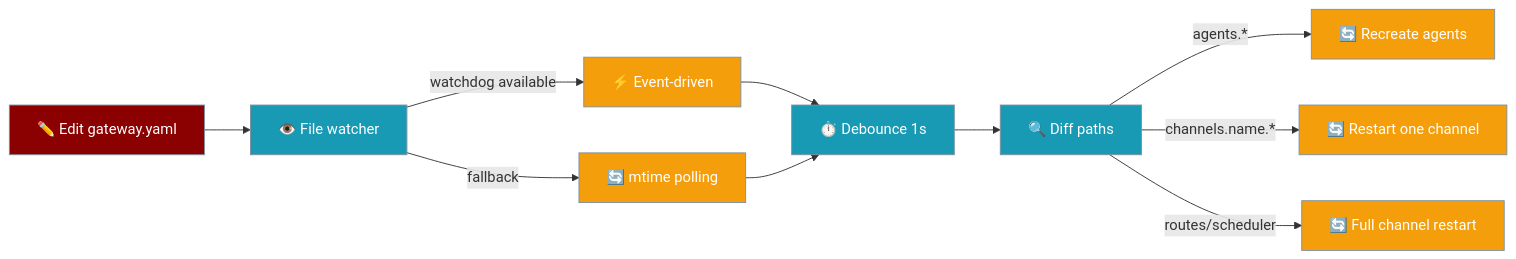
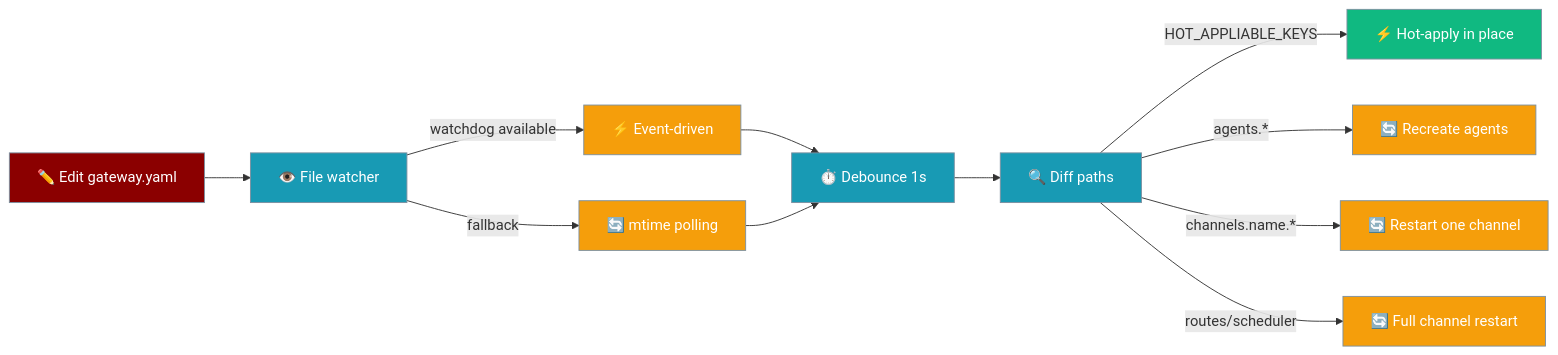
Before and after one commit to MervinPraison/PraisonAIDocs: the first of 6 diagrams in docs/features/gateway-hot-reload.mdx, drawn with Mermaid. The commit also changed other lines of this file and 3 other files, not shown here.

First line of the commit message:
docs: document gateway hot-apply zero-restart config paths (fixes #2360)

````diff
--- a/docs/features/gateway-hot-reload.mdx
+++ b/docs/features/gateway-hot-reload.mdx
@@ -38,21 +38,24 @@
 ```mermaid
 graph LR
     Edit[✏️ Edit gateway.yaml] --> Watcher[👁️ File watcher]
     Watcher -->|watchdog available| Event[⚡ Event-driven]
     Watcher -->|fallback| Poll[🔄 mtime polling]
     Event --> Debounce[⏱️ Debounce 1s]
     Poll --> Debounce
     Debounce --> Diff[🔍 Diff paths]
+    Diff -->|HOT_APPLIABLE_KEYS| Hot[⚡ Hot-apply in place]
     Diff -->|agents.*| Agents[🔄 Recreate agents]
     Diff -->|channels.name.*| Channel[🔄 Restart one channel]
     Diff -->|routes/scheduler| Full[🔄 Full channel restart]
 
     classDef agent fill:#8B0000,stroke:#7C90A0,color:#fff
     classDef tool fill:#189AB4,stroke:#7C90A0,color:#fff
     classDef warn fill:#F59E0B,stroke:#7C90A0,color:#fff
+    classDef good fill:#10B981,stroke:#7C90A0,color:#fff
 
     class Edit agent
     class Watcher,Debounce,Diff tool
     class Event,Poll,Agents,Channel,Full warn
+    class Hot good
 
 ```
````
